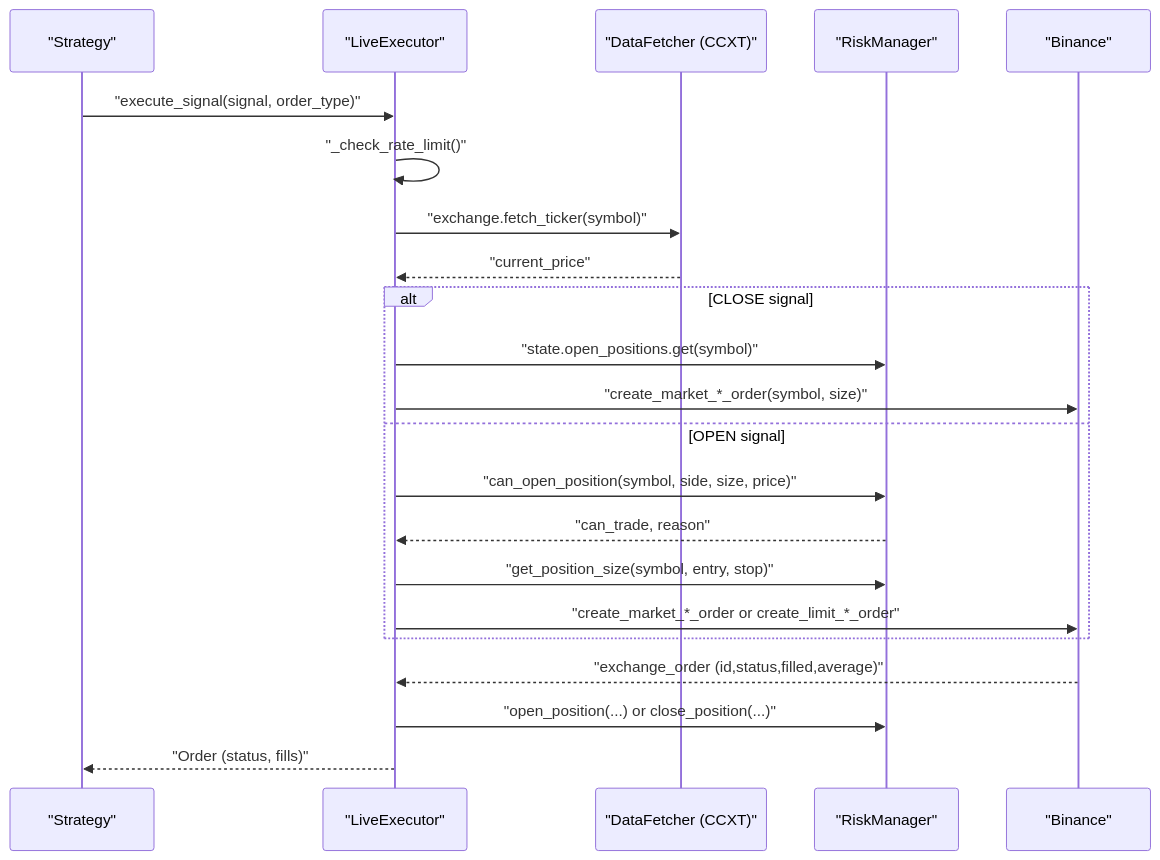
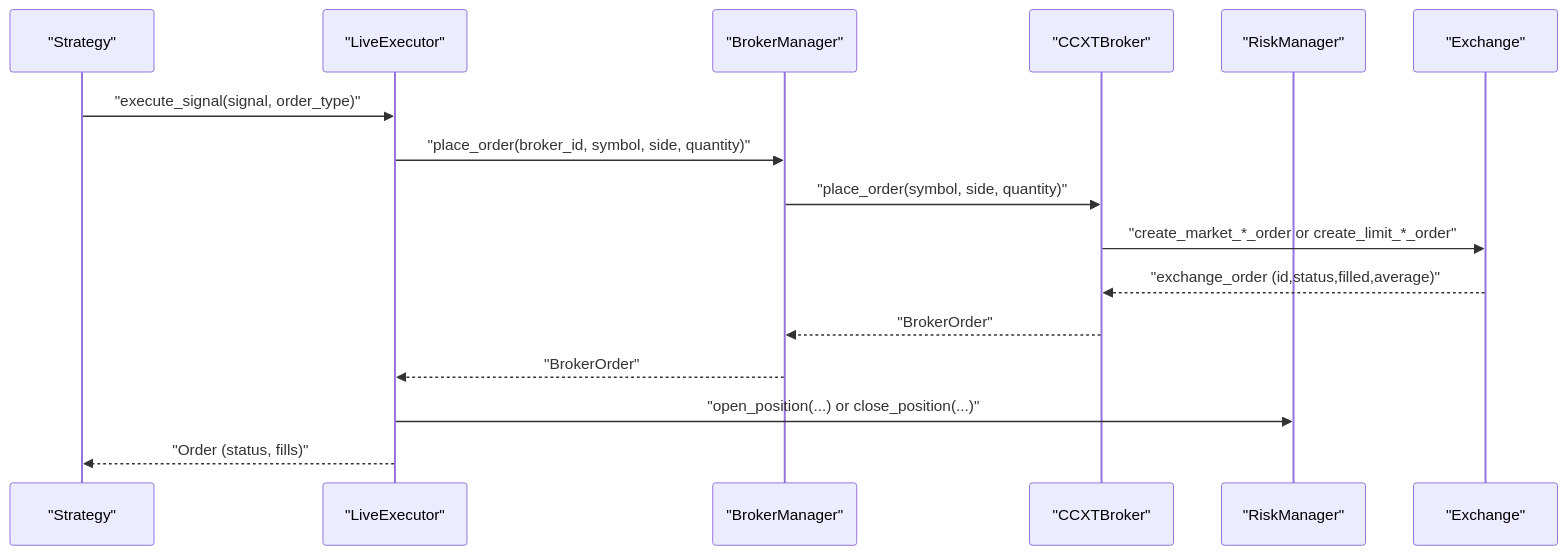
Before and after one commit to cavraeg-eng/Trading-App: the fourth of 8 diagrams in .qoder/repowiki/en/content/Execution Engine/Execution Engine.md, drawn with Mermaid. The commit also changed other lines of this file and 50 other files, not shown here.

````diff
--- a/.qoder/repowiki/en/content/Execution Engine/Execution Engine.md
+++ b/.qoder/repowiki/en/content/Execution Engine/Execution Engine.md
@@ -194,24 +243,18 @@
 ```mermaid
 sequenceDiagram
 participant Strat as "Strategy"
 participant LE as "LiveExecutor"
-participant DF as "DataFetcher (CCXT)"
+participant BM as "BrokerManager"
+participant CCXT as "CCXTBroker"
 participant RM as "RiskManager"
-participant EX as "Binance"
+participant EX as "Exchange"
 Strat->>LE : "execute_signal(signal, order_type)"
-LE->>LE : "_check_rate_limit()"
-LE->>DF : "exchange.fetch_ticker(symbol)"
-DF-->>LE : "current_price"
-alt CLOSE signal
-LE->>RM : "state.open_positions.get(symbol)"
-LE->>EX : "create_market_*_order(symbol, size)"
-else OPEN signal
-LE->>RM : "can_open_position(symbol, side, size, price)"
-RM-->>LE : "can_trade, reason"
-LE->>RM : "get_position_size(symbol, entry, stop)"
-LE->>EX : "create_market_*_order or create_limit_*_order"
-end
-EX-->>LE : "exchange_order (id,status,filled,average)"
+LE->>BM : "place_order(broker_id, symbol, side, quantity)"
+BM->>CCXT : "place_order(symbol, side, quantity)"
+CCXT->>EX : "create_market_*_order or create_limit_*_order"
+EX-->>CCXT : "exchange_order (id,status,filled,average)"
+CCXT-->>BM : "BrokerOrder"
+BM-->>LE : "BrokerOrder"
 LE->>RM : "open_position(...) or close_position(...)"
 LE-->>Strat : "Order (status, fills)"
 ```
````
